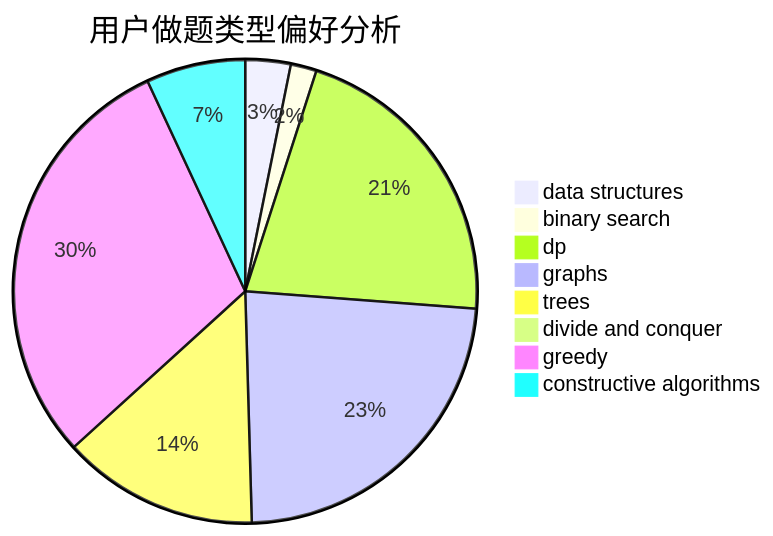
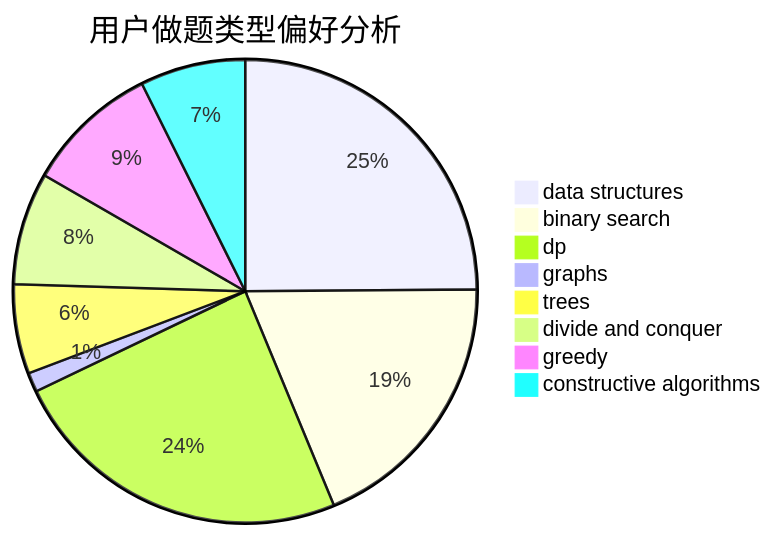
Before and after one commit to sherpahu/cfrs.github.io: the second of 3 diagrams in docs/user/u1454.md, drawn with Mermaid. The commit also changed other lines of this file and 2770 other files, not shown here.

````diff
--- a/docs/user/u1454.md
+++ b/docs/user/u1454.md
@@ -23,11 +23,11 @@
 ```mermaid
 pie title 用户做题类型偏好分析
-    "data structures" :  21
-    "binary search" :  12
-    "dp" :  141
-    "graphs" :  155
-    "trees" :  91
-    "divide and conquer" :  0
-    "greedy" :  198
-    "constructive algorithms" :  46
+    "data structures" :  203
+    "binary search" :  154
+    "dp" :  197
+    "graphs" :  11
+    "trees" :  51
+    "divide and conquer" :  64
+    "greedy" :  76
+    "constructive algorithms" :  60
 ```
````
